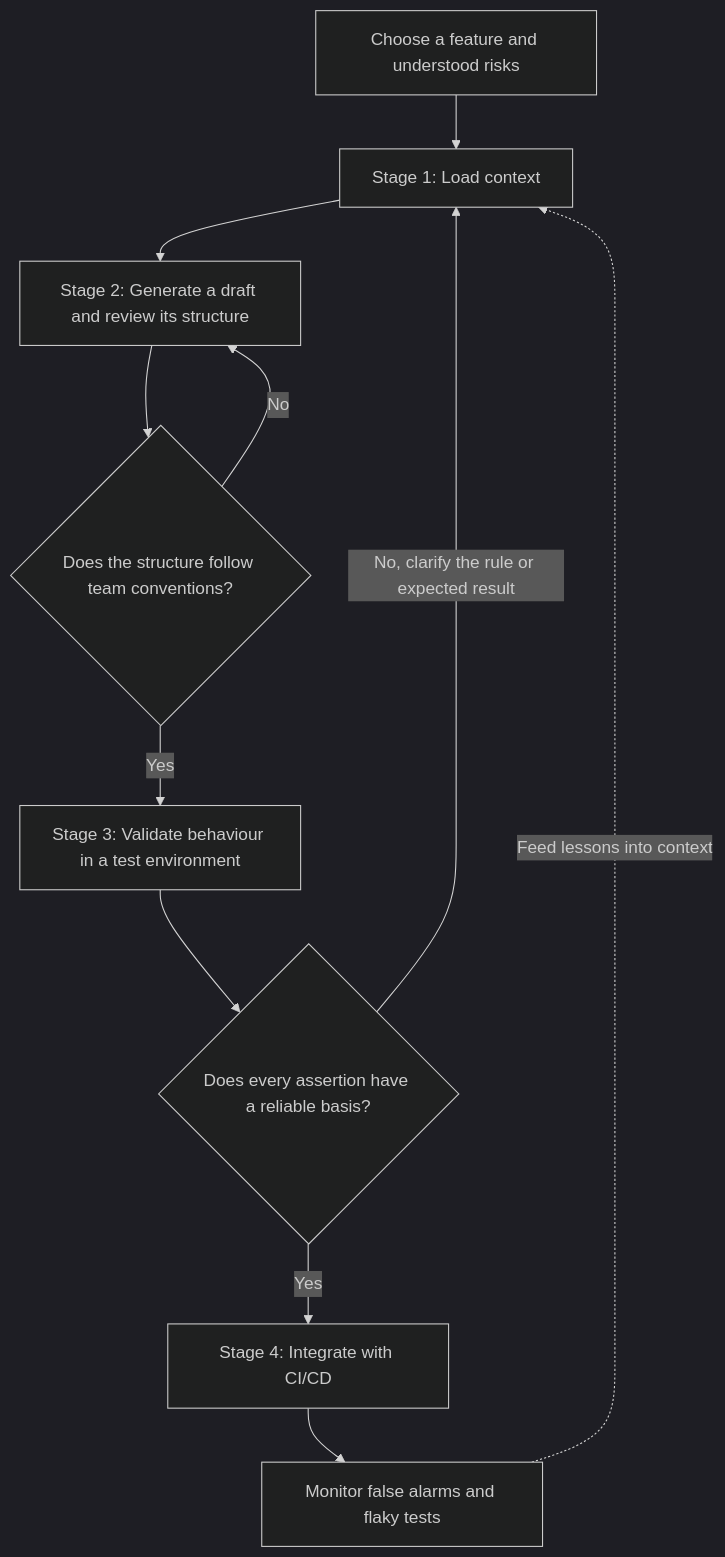
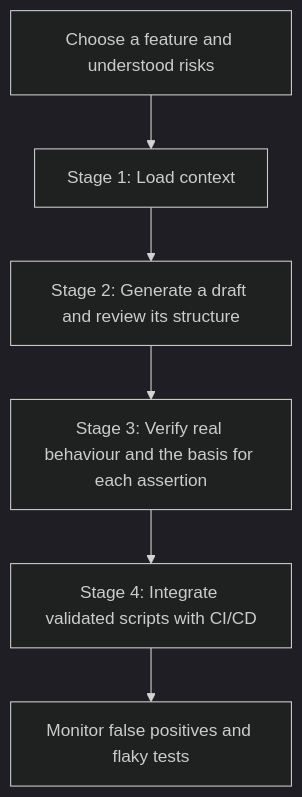
One commit to naodeng/naodeng.com.cn changed the second of 7 diagrams in src/blog/en/AI-Testing/from-script-writer-to-test-strategist.mdx. Above: the diagram before and after it, drawn with Mermaid (dark theme). The commit also changed other lines of this file and 10 other files, not shown here.

Commit message:
docs: review November blog diagrams

````diff
--- a/src/blog/en/AI-Testing/from-script-writer-to-test-strategist.mdx
+++ b/src/blog/en/AI-Testing/from-script-writer-to-test-strategist.mdx
@@ -40,13 +39,8 @@
 ```mermaid
 flowchart TD
     S[Choose a feature and understood risks] --> A[Stage 1: Load context]
     A --> B[Stage 2: Generate a draft and review its structure]
-    B --> C{Does the structure follow team conventions?}
-    C -- No --> B
-    C -- Yes --> D[Stage 3: Validate behaviour in a test environment]
-    D --> E{Does every assertion have a reliable basis?}
-    E -- No, clarify the rule or expected result --> A
-    E -- Yes --> F[Stage 4: Integrate with CI/CD]
-    F --> G[Monitor false alarms and flaky tests]
-    G -.Feed lessons into context.-> A
+    B --> C[Stage 3: Verify real behaviour and the basis for each assertion]
+    C --> D[Stage 4: Integrate validated scripts with CI/CD]
+    D --> E[Monitor false positives and flaky tests]
 ```
````
